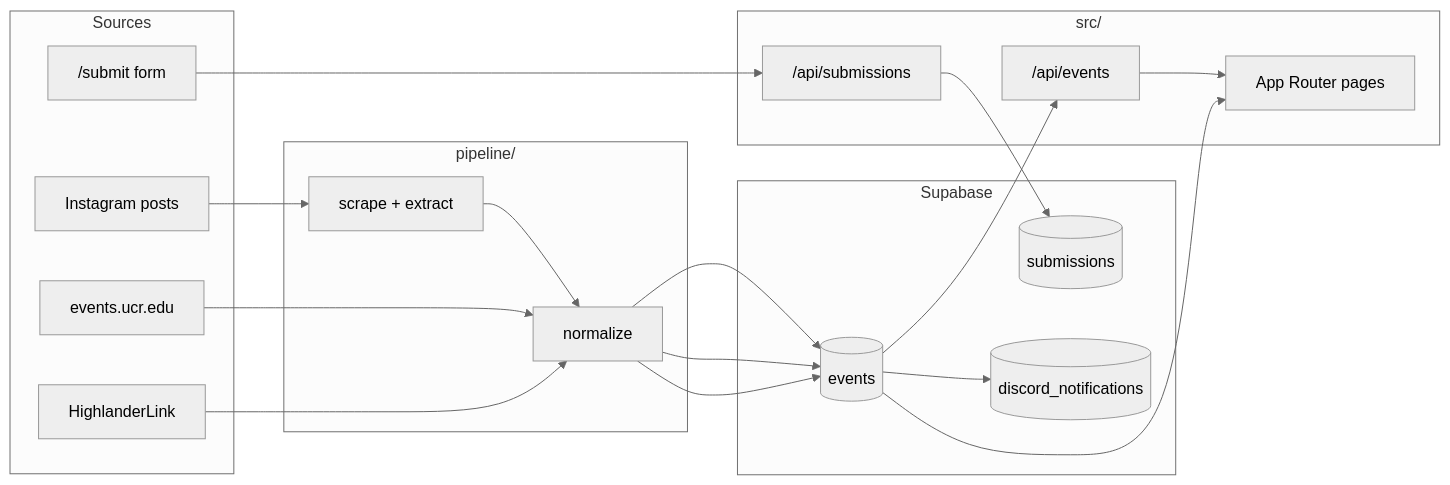
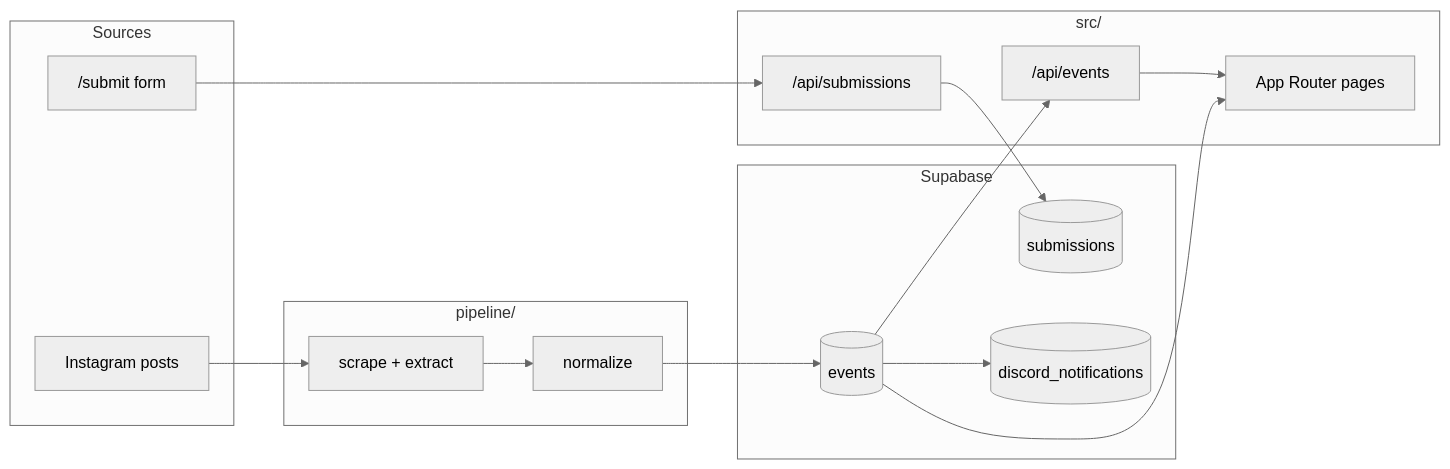
Before and after one commit to Highlander-Builders-Initiative/HighlanderHub: the diagram in docs/ARCHITECTURE.md, drawn with Mermaid (neutral theme). The commit also changed 49 other files, not shown here.

````diff
--- a/docs/ARCHITECTURE.md
+++ b/docs/ARCHITECTURE.md
@@ -7,35 +7,31 @@
 ```mermaid
 flowchart LR
   subgraph sources [Sources]
     IG[Instagram posts]
-    UCR[events.ucr.edu]
-    HL[HighlanderLink]
     SUB["/submit form"]
   end
 
   subgraph pipeline [pipeline/]
     SCR[scrape + extract]
     NORM[normalize]
   end
 
   subgraph db [Supabase]
     EV[(events)]
     SM[(submissions)]
     DN[(discord_notifications)]
   end
 
   subgraph app [src/]
     SUBAPI["/api/submissions"]
     API["/api/events"]
     UI["App Router pages"]
   end
 
   IG --> SCR --> NORM --> EV
-  UCR --> NORM --> EV
-  HL --> NORM --> EV
   SUB --> SUBAPI --> SM
   EV --> DN
 
   EV --> API --> UI
   EV --> UI
 ```
````
